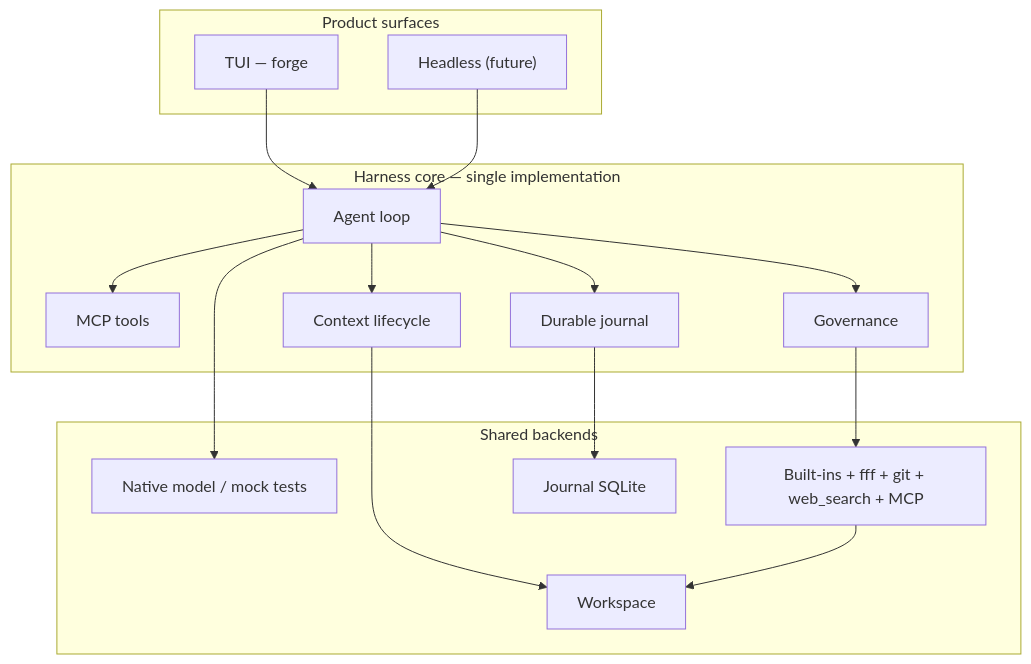
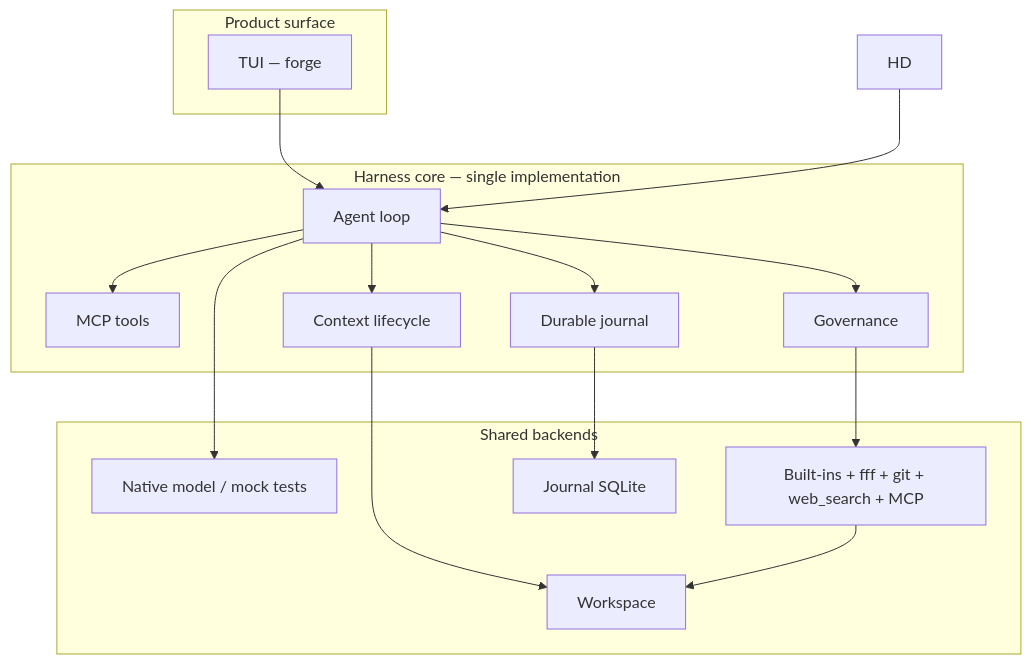
Diagram 11 of 13 in docs/architecture.md (NorviaLabs/forge), drawn with Mermaid before and after one commit. The commit also changed other lines of this file and 13 other files, not shown here.

````diff
--- a/docs/architecture.md
+++ b/docs/architecture.md
@@ -621,34 +602,33 @@
 ```mermaid
 flowchart TB
-  subgraph product["Product surfaces"]
+  subgraph product["Product surface"]
     TUI["TUI — forge"]
-    HD["Headless (future)"]
   end
 
   subgraph harness["Harness core — single implementation"]
     LOOP[Agent loop]
     MCP[MCP tools]
     CTX[Context lifecycle]
     DUR[Durable journal]
     GOV[Governance]
   end
 
   subgraph shared["Shared backends"]
     M[Native model / mock tests]
     TOOLS[Built-ins + fff + git + web_search + MCP]
     J[Journal SQLite]
     WS[Workspace]
   end
 
   TUI --> LOOP
   HD --> LOOP
   LOOP --> CTX
   LOOP --> DUR
   LOOP --> GOV
   LOOP --> M
   LOOP --> MCP
   GOV --> TOOLS
   DUR --> J
   CTX --> WS
   TOOLS --> WS
 ```
````
